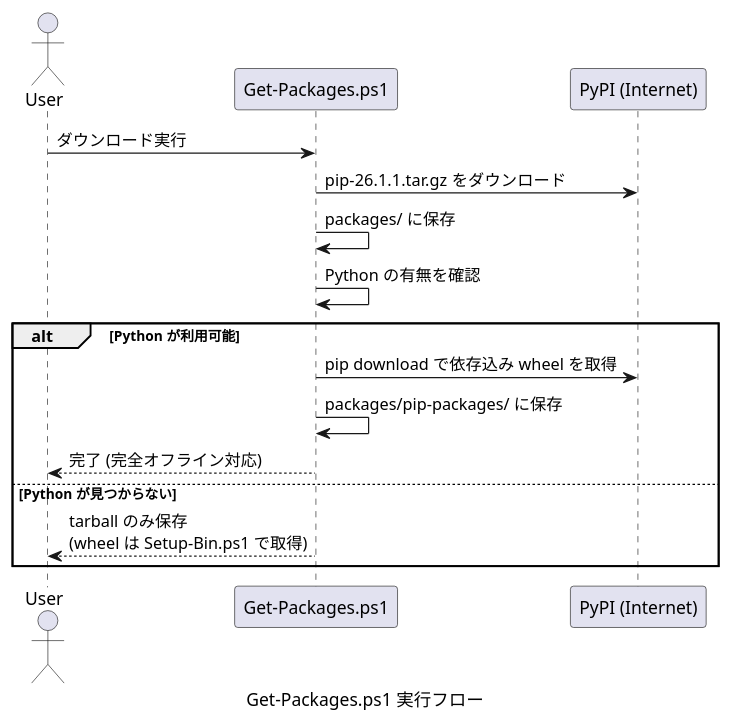
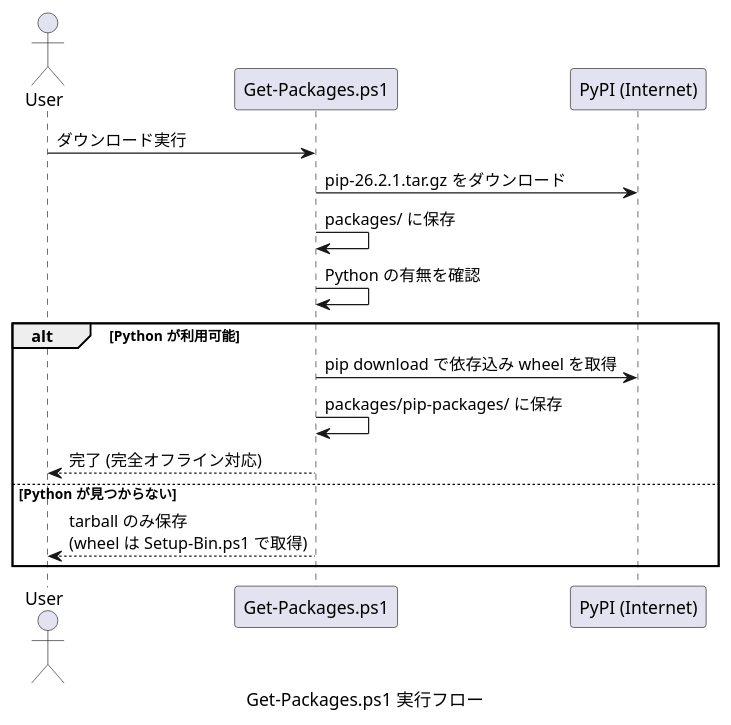
The second of 4 diagrams in docs/offline-pip-design.md (Hondarer/devbin-win), drawn with PlantUML before and after one commit. The commit also changed other lines of this file and 18 other files, not shown here.

````diff
--- a/docs/offline-pip-design.md
+++ b/docs/offline-pip-design.md
@@ -105,21 +105,21 @@
 ```plantuml
 @startuml Get-Packages.ps1 実行フロー
 caption Get-Packages.ps1 実行フロー
 actor User
 participant "Get-Packages.ps1" as GetPkg
 participant "PyPI (Internet)" as PyPI
 
 User -> GetPkg: ダウンロード実行
-GetPkg -> PyPI: pip-26.1.1.tar.gz をダウンロード
+GetPkg -> PyPI: pip-26.2.1.tar.gz をダウンロード
 GetPkg -> GetPkg: packages/ に保存
 GetPkg -> GetPkg: Python の有無を確認
 
 alt Python が利用可能
     GetPkg -> PyPI: pip download で依存込み wheel を取得
     GetPkg -> GetPkg: packages/pip-packages/ に保存
     GetPkg --> User: 完了 (完全オフライン対応)
 else Python が見つからない
     GetPkg --> User: tarball のみ保存\n(wheel は Setup-Bin.ps1 で取得)
 end
 @enduml
 ```
````
